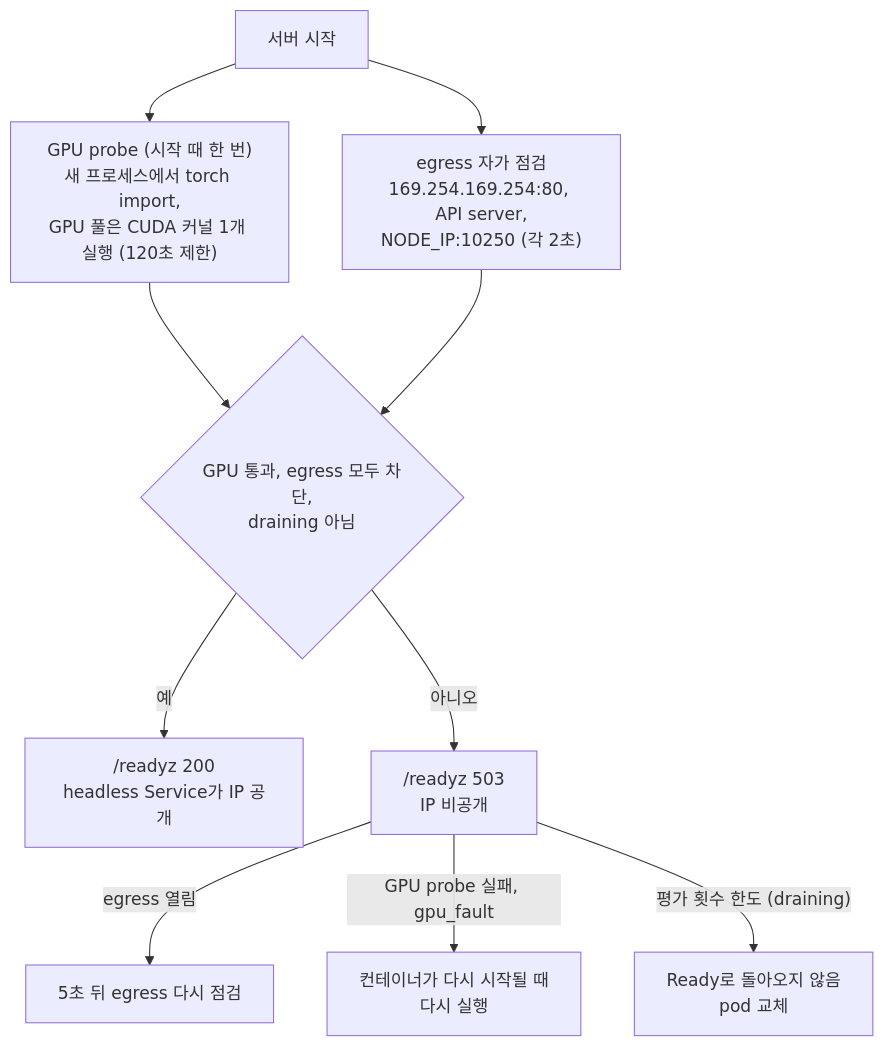
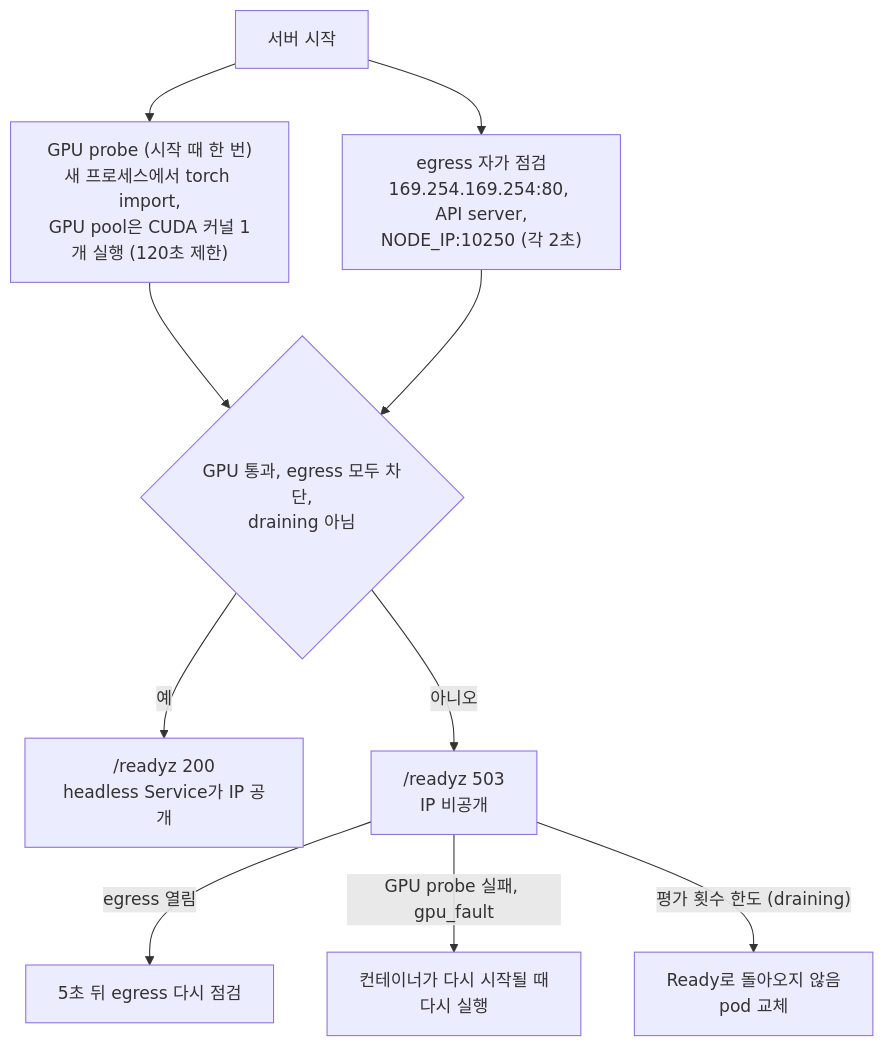
The second of 2 diagrams in docs/handson/04_sandbox_pools.md (daekeun-ml/gpu-sandbox-on-aws), drawn with Mermaid before and after one commit. The commit also changed other lines of this file and 112 other files, not shown here.

````diff
--- a/docs/handson/04_sandbox_pools.md
+++ b/docs/handson/04_sandbox_pools.md
@@ -256,12 +260,12 @@
 ```mermaid
 flowchart TD
-    A["서버 시작"] --> B["GPU probe (시작 때 한 번)<br/>새 프로세스에서 torch import,<br/>GPU 풀은 CUDA 커널 1개 실행 (120초 제한)"]
+    A["서버 시작"] --> B["GPU probe (시작 때 한 번)<br/>새 프로세스에서 torch import,<br/>GPU pool은 CUDA 커널 1개 실행 (120초 제한)"]
     A --> C["egress 자가 점검<br/>169.254.169.254:80, API server,<br/>NODE_IP:10250 (각 2초)"]
     B --> D{"GPU 통과, egress 모두 차단,<br/>draining 아님"}
     C --> D
     D -->|"예"| E["/readyz 200<br/>headless Service가 IP 공개"]
     D -->|"아니오"| F["/readyz 503<br/>IP 비공개"]
     F -->|"egress 열림"| G["5초 뒤 egress 다시 점검"]
     F -->|"GPU probe 실패, gpu_fault"| H["컨테이너가 다시 시작될 때<br/>다시 실행"]
     F -->|"평가 횟수 한도 (draining)"| I["Ready로 돌아오지 않음<br/>pod 교체"]
 ```
````
